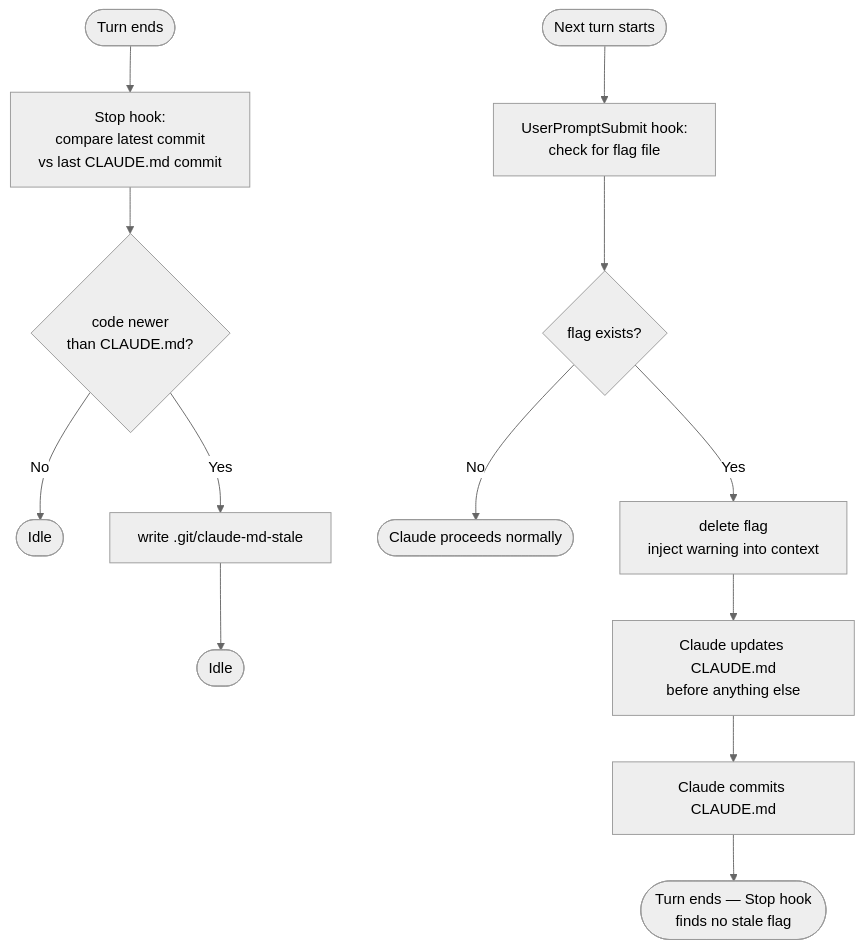
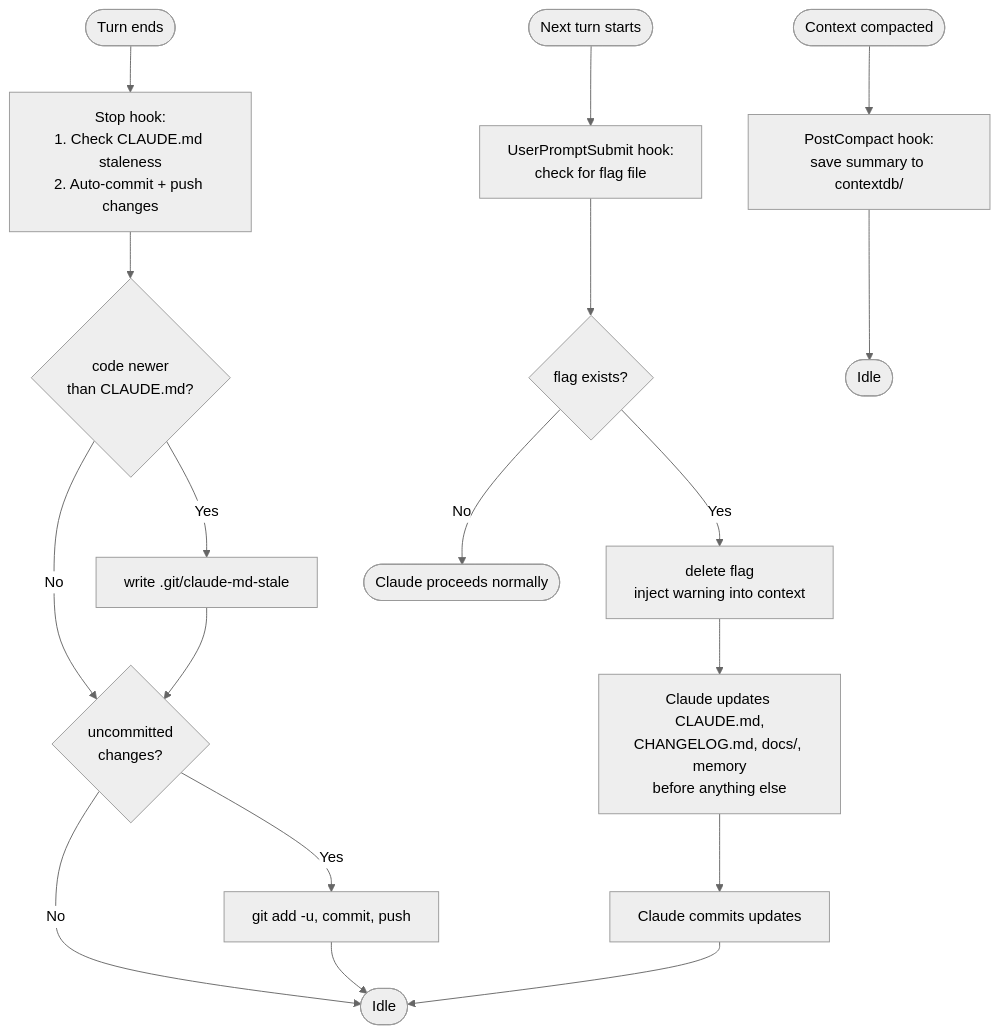
The diagram in docs/hooks.md (ryha0008-boop/helo-win), drawn with Mermaid (neutral theme) before and after one commit. The commit also changed other lines of this file and 6 other files, not shown here.

````diff
--- a/docs/hooks.md
+++ b/docs/hooks.md
@@ -7,16 +7,22 @@
 ```mermaid
 flowchart TD
-    A([Turn ends]) --> B[Stop hook:\ncompare latest commit\nvs last CLAUDE.md commit]
+    A([Turn ends]) --> B[Stop hook:\n1. Check CLAUDE.md staleness\n2. Auto-commit + push changes]
     B --> C{code newer\nthan CLAUDE.md?}
-    C -- No --> F([Idle])
+    C -- No --> F{uncommitted\nchanges?}
     C -- Yes --> D[write .git/claude-md-stale]
-    D --> E([Idle])
+    D --> F
+    F -- No --> G([Idle])
+    F -- Yes --> E[git add -u, commit, push]
+    E --> G
 
-    G([Next turn starts]) --> H[UserPromptSubmit hook:\ncheck for flag file]
-    H --> I{flag exists?}
-    I -- No --> K([Claude proceeds normally])
-    I -- Yes --> J[delete flag\ninject warning into context]
-    J --> L[Claude updates CLAUDE.md\nbefore anything else]
-    L --> M[Claude commits CLAUDE.md]
-    M --> N([Turn ends — Stop hook\nfinds no stale flag])
+    H([Next turn starts]) --> I[UserPromptSubmit hook:\ncheck for flag file]
+    I --> J{flag exists?}
+    J -- No --> K([Claude proceeds normally])
+    J -- Yes --> L[delete flag\ninject warning into context]
+    L --> M[Claude updates CLAUDE.md,\nCHANGELOG.md, docs/, memory\nbefore anything else]
+    M --> N[Claude commits updates]
+    N --> G
+
+    O([Context compacted]) --> P[PostCompact hook:\nsave summary to contextdb/]
+    P --> Q([Idle])
 ```
````
